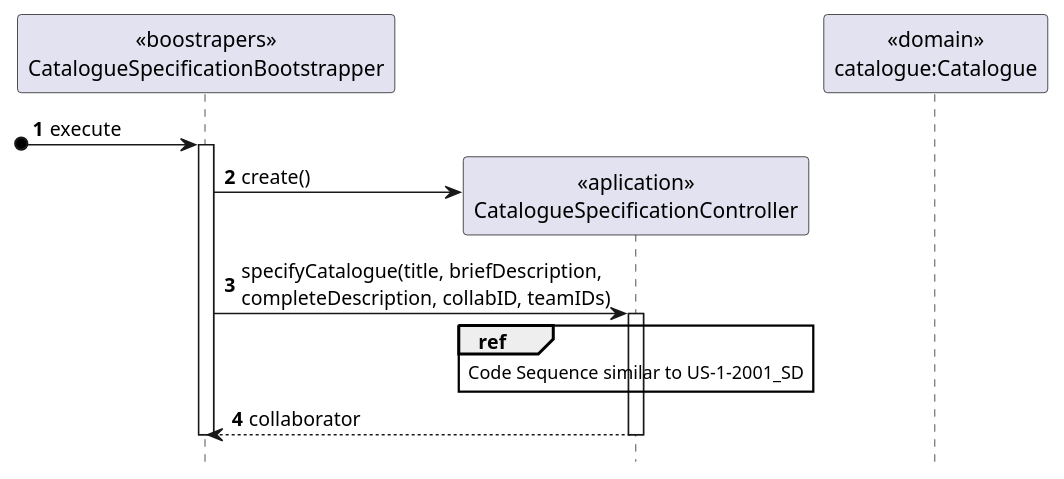
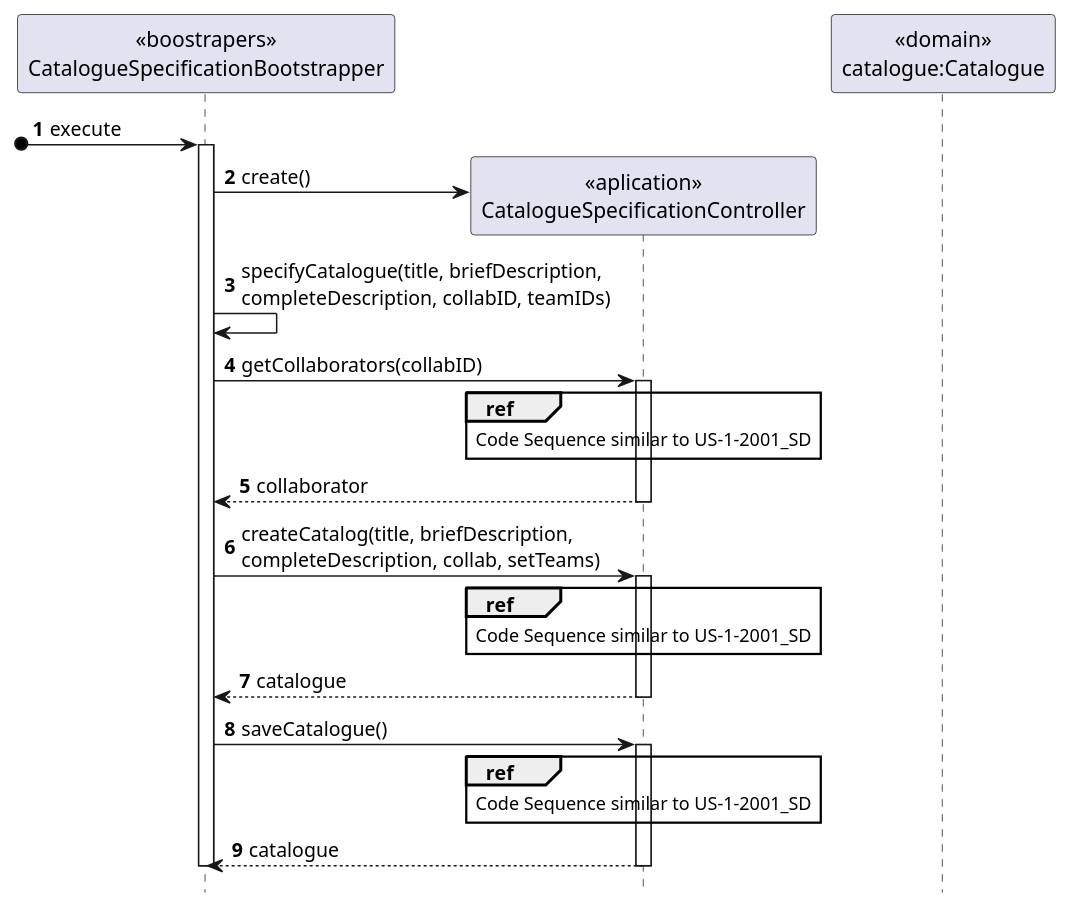
One commit to tiagoavcosta25/LAPR4 changed the diagram in doc/engenharia/SprintB/1190967/US-1-2101/US-1-2101_SD_Catalogue.puml. Above: the diagram before and after it, drawn with PlantUML. The commit also changed 1 other file, not shown here.

```diff
--- a/doc/engenharia/SprintB/1190967/US-1-2101/US-1-2101_SD_Catalogue.puml
+++ b/doc/engenharia/SprintB/1190967/US-1-2101/US-1-2101_SD_Catalogue.puml
@@ -1,23 +1,41 @@
 @startuml
 autonumber
 hide footbox
 
 participant "<<boostrapers>>\nCatalogueSpecificationBootstrapper" as BOOT
 participant "<<aplication>>\nCatalogueSpecificationController" as CTRL
 participant "<<domain>>\ncatalogue:Catalogue" as CATAL
 
 [o-> BOOT : execute
 
 activate BOOT
 BOOT -> CTRL** : create()
 
-BOOT -> CTRL : specifyCatalogue(title, briefDescription,\ncompleteDescription, collabID, teamIDs)
+BOOT -> BOOT : specifyCatalogue(title, briefDescription,\ncompleteDescription, collabID, teamIDs)
+
+BOOT -> CTRL : getCollaborators(collabID)
 activate CTRL
 ref over CTRL
 Code Sequence similar to US-1-2001_SD
 end ref
 CTRL --> BOOT : collaborator
 deactivate CTRL
+
+BOOT -> CTRL : createCatalog(title, briefDescription, \ncompleteDescription, collab, setTeams)
+activate CTRL
+ref over CTRL
+Code Sequence similar to US-1-2001_SD
+end ref
+CTRL --> BOOT : catalogue
+deactivate CTRL
+
+BOOT -> CTRL : saveCatalogue()
+activate CTRL
+ref over CTRL
+Code Sequence similar to US-1-2001_SD
+end ref
+CTRL --> BOOT : catalogue
+deactivate CTRL
 deactivate BOOT
 
 @enduml
```
